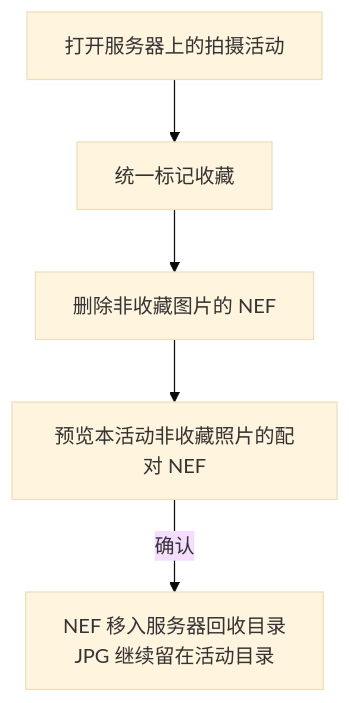
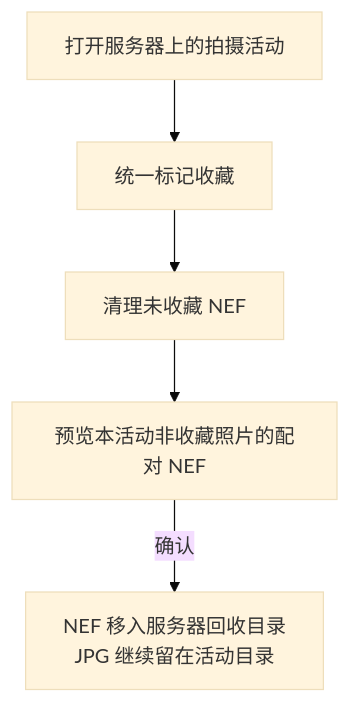
Before and after one commit to pancake-lee/photo-agent: the third of 4 diagrams in docs/design-docs/2026-11-13-1-autocull-import-design.md, drawn with Mermaid (base theme). The commit also changed other lines of this file and 20 other files, not shown here.

Commit message:
feat(timeline): 标记已选片活动并回收未收藏 NEF

````diff
--- a/docs/design-docs/2026-11-13-1-autocull-import-design.md
+++ b/docs/design-docs/2026-11-13-1-autocull-import-design.md
@@ -56,7 +56,7 @@
 ```mermaid
 flowchart TD
     A["打开服务器上的拍摄活动"] --> B["统一标记收藏"]
-    B --> C["删除非收藏图片的 NEF"]
+    B --> C["清理未收藏 NEF"]
     C --> D["预览本活动非收藏照片的配对 NEF"]
     D -->|确认| E["NEF 移入服务器回收目录<br/>JPG 继续留在活动目录"]
 ```
````
